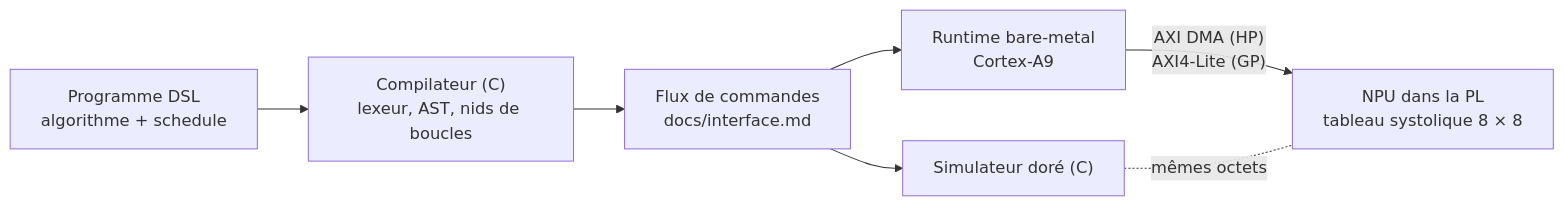
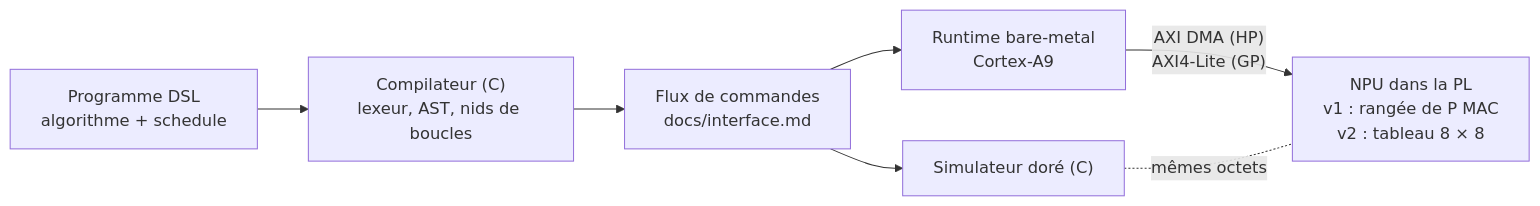
One commit to Quentin0l/zynq-npu changed the diagram in README.md. Above: the diagram before and after it, drawn with Mermaid. The commit also changed other lines of this file and 4 other files, not shown here.

First line of the commit message:
Docs et CI : le moteur est le NPU v1, le tableau la v2 (#1)

````diff
--- a/README.md
+++ b/README.md
@@ -9,9 +9,9 @@
 ```mermaid
 flowchart LR
     dsl["Programme DSL<br/>algorithme + schedule"] --> comp["Compilateur (C)<br/>lexeur, AST, nids de boucles"]
     comp --> cmd["Flux de commandes<br/>docs/interface.md"]
     cmd --> sim["Simulateur doré (C)"]
     cmd --> rt["Runtime bare-metal<br/>Cortex-A9"]
-    rt -- "AXI DMA (HP)<br/>AXI4-Lite (GP)" --> npu["NPU dans la PL<br/>tableau systolique 8 × 8"]
+    rt -- "AXI DMA (HP)<br/>AXI4-Lite (GP)" --> npu["NPU dans la PL<br/>v1 : rangée de P MAC<br/>v2 : tableau 8 × 8"]
     sim -. "mêmes octets" .- npu
 ```
````
